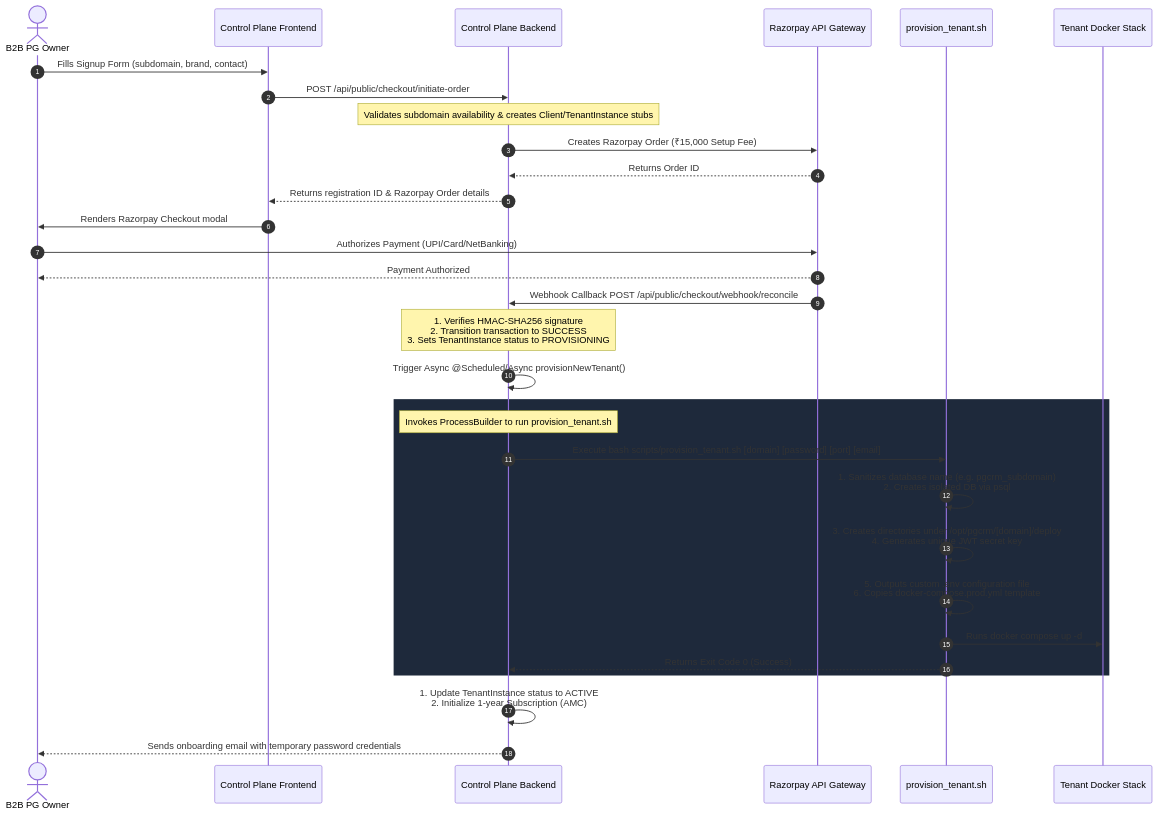
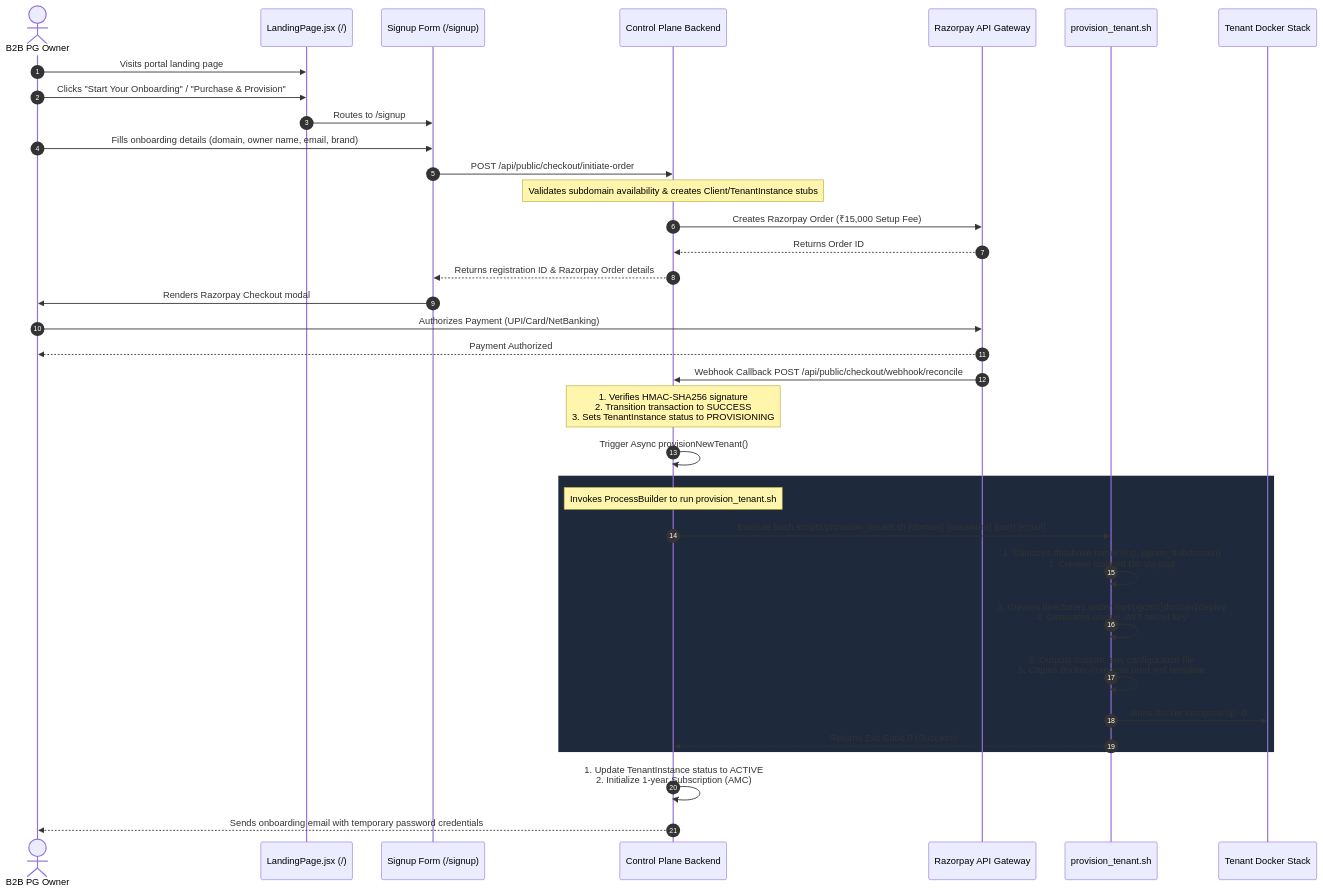
One commit to rahul-0906/PG-Project changed the second of 2 diagrams in docs/ARCHITECTURE.md. Above: the diagram before and after it, drawn with Mermaid. The commit also changed 3 other files, not shown here.

Commit message:
Update Monorepo codebase registry and SOP documentation with client UI components, ProvisioningService details, chmod script execution requirements, and onboarding sequence updates

````diff
--- a/docs/ARCHITECTURE.md
+++ b/docs/ARCHITECTURE.md
@@ -54,34 +54,38 @@
 ```mermaid
 sequenceDiagram
     autonumber
     actor Owner as B2B PG Owner
-    participant Frontend as Control Plane Frontend
+    participant Landing as LandingPage.jsx (/)
+    participant SignupForm as Signup Form (/signup)
     participant Backend as Control Plane Backend
     participant Razorpay as Razorpay API Gateway
     participant Script as provision_tenant.sh
     participant TenantStack as Tenant Docker Stack
 
-    Owner->>Frontend: Fills Signup Form (subdomain, brand, contact)
-    Frontend->>Backend: POST /api/public/checkout/initiate-order
+    Owner->>Landing: Visits portal landing page
+    Owner->>Landing: Clicks "Start Your Onboarding" / "Purchase & Provision"
+    Landing->>SignupForm: Routes to /signup
+    Owner->>SignupForm: Fills onboarding details (domain, owner name, email, brand)
+    SignupForm->>Backend: POST /api/public/checkout/initiate-order
     Note over Backend: Validates subdomain availability & creates Client/TenantInstance stubs
     Backend->>Razorpay: Creates Razorpay Order (₹15,000 Setup Fee)
     Razorpay-->>Backend: Returns Order ID
-    Backend-->>Frontend: Returns registration ID & Razorpay Order details
-    Frontend->>Owner: Renders Razorpay Checkout modal
+    Backend-->>SignupForm: Returns registration ID & Razorpay Order details
+    SignupForm->>Owner: Renders Razorpay Checkout modal
     Owner->>Razorpay: Authorizes Payment (UPI/Card/NetBanking)
     Razorpay-->>Owner: Payment Authorized
     Razorpay->>Backend: Webhook Callback POST /api/public/checkout/webhook/reconcile
     Note over Backend: 1. Verifies HMAC-SHA256 signature<br/>2. Transition transaction to SUCCESS<br/>3. Sets TenantInstance status to PROVISIONING
-    Backend->>Backend: Trigger Async @Scheduled/Async provisionNewTenant()
+    Backend->>Backend: Trigger Async provisionNewTenant()
     rect rgb(30, 41, 59)
         Note over Backend: Invokes ProcessBuilder to run provision_tenant.sh
         Backend->>Script: Execute bash scripts/provision_tenant.sh [domain] [password] [port] [email]
         Script->>Script: 1. Sanitizes database name (e.g. pgcrm_subdomain)<br/>2. Creates isolated DB via psql
         Script->>Script: 3. Creates directories under /opt/pgcrm/[domain]/deploy<br/>4. Generates unique JWT secret key
         Script->>Script: 5. Outputs custom .env configuration file<br/>6. Copies docker-compose.prod.yml template
         Script->>TenantStack: Runs docker compose up -d
         Script-->>Backend: Returns Exit Code 0 (Success)
     end
     Backend->>Backend: 1. Update TenantInstance status to ACTIVE<br/>2. Initialize 1-year Subscription (AMC)
     Backend-->>Owner: Sends onboarding email with temporary password credentials
 ```
````
